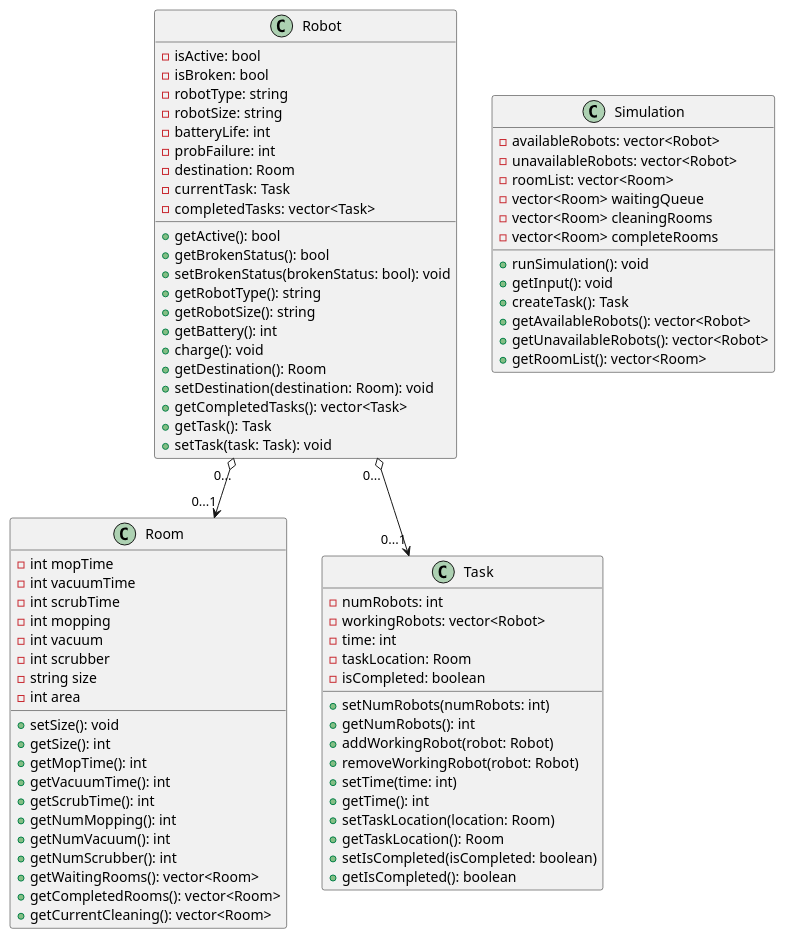
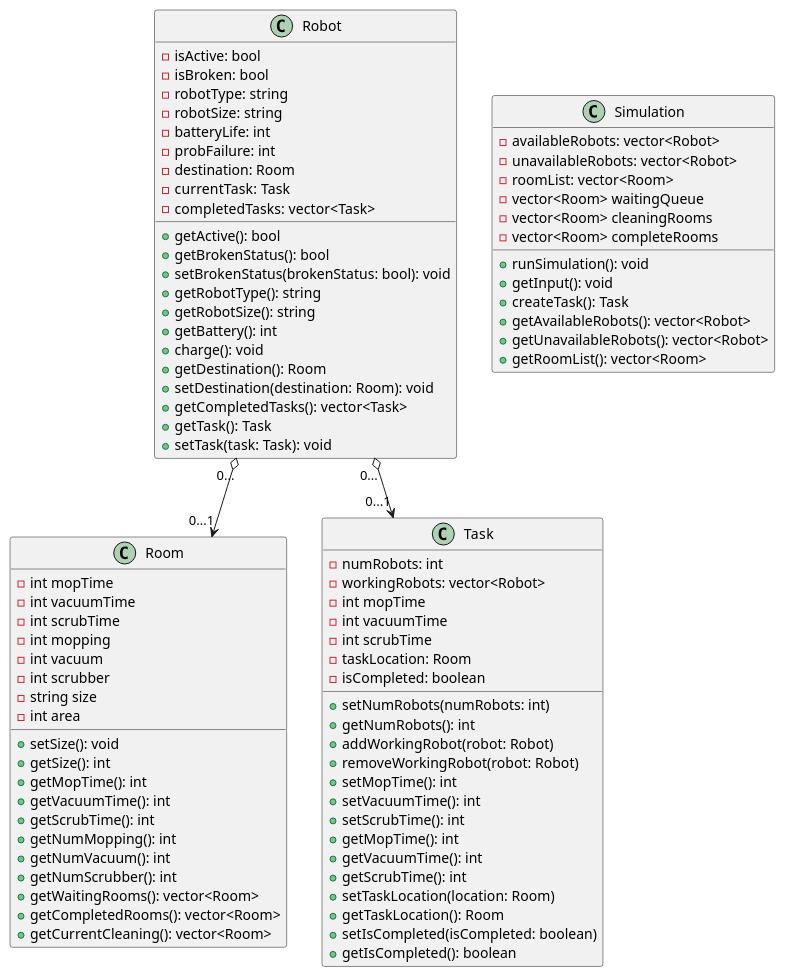
The diagram in docs/design/classDiagrams/classDiagrams.puml (ur-cs-courses/course-project-clean-squad), drawn with PlantUML before and after one commit.

Commit message:
Update classDiagrams.puml
fixed puml file

```diff
--- a/docs/design/classDiagrams/classDiagrams.puml
+++ b/docs/design/classDiagrams/classDiagrams.puml
@@ -1,89 +1,95 @@
 @startuml classDiagrams
 
 class Robot {
     - isActive: bool
     - isBroken: bool
     - robotType: string
     - robotSize: string
     - batteryLife: int
     - probFailure: int
     - destination: Room
     - currentTask: Task
     - completedTasks: vector<Task>
     + getActive(): bool
     + getBrokenStatus(): bool
     + setBrokenStatus(brokenStatus: bool): void
     + getRobotType(): string
     + getRobotSize(): string
     + getBattery(): int
     + charge(): void
     + getDestination(): Room
     + setDestination(destination: Room): void
     + getCompletedTasks(): vector<Task>
     + getTask(): Task
     + setTask(task: Task): void
 }
 
 class Room {
     - int mopTime
     - int vacuumTime
     - int scrubTime
     - int mopping
     - int vacuum
     - int scrubber
     - string size
     - int area
 
     + setSize(): void
     + getSize(): int
     + getMopTime(): int
     + getVacuumTime(): int
     + getScrubTime(): int
     + getNumMopping(): int
     + getNumVacuum(): int
     + getNumScrubber(): int
     + getWaitingRooms(): vector<Room>
     + getCompletedRooms(): vector<Room>
     + getCurrentCleaning(): vector<Room>
     
 }
 
 class Simulation {
     - availableRobots: vector<Robot>
     - unavailableRobots: vector<Robot>
     - roomList: vector<Room>
     - vector<Room> waitingQueue
     - vector<Room> cleaningRooms
     - vector<Room> completeRooms
 
     + runSimulation(): void
     + getInput(): void
     + createTask(): Task
     + getAvailableRobots(): vector<Robot>
     + getUnavailableRobots(): vector<Robot>
     + getRoomList(): vector<Room>
 }
 
 class Task {
   - numRobots: int
   - workingRobots: vector<Robot>
-  - time: int
+  - int mopTime
+  - int vacuumTime
+  - int scrubTime
   - taskLocation: Room
   - isCompleted: boolean
   + setNumRobots(numRobots: int)
   + getNumRobots(): int
   + addWorkingRobot(robot: Robot)
   + removeWorkingRobot(robot: Robot)
-  + setTime(time: int)
-  + getTime(): int
+  + setMopTime(): int
+  + setVacuumTime(): int
+  + setScrubTime(): int
+  + getMopTime(): int
+  + getVacuumTime(): int
+  + getScrubTime(): int
   + setTaskLocation(location: Room)
   + getTaskLocation(): Room
   + setIsCompleted(isCompleted: boolean)
   + getIsCompleted(): boolean
 }
 
 Robot "0..." o--> "0...1" Room
 Robot "0..." o--> "0...1" Task
 
 
 @enduml
```
